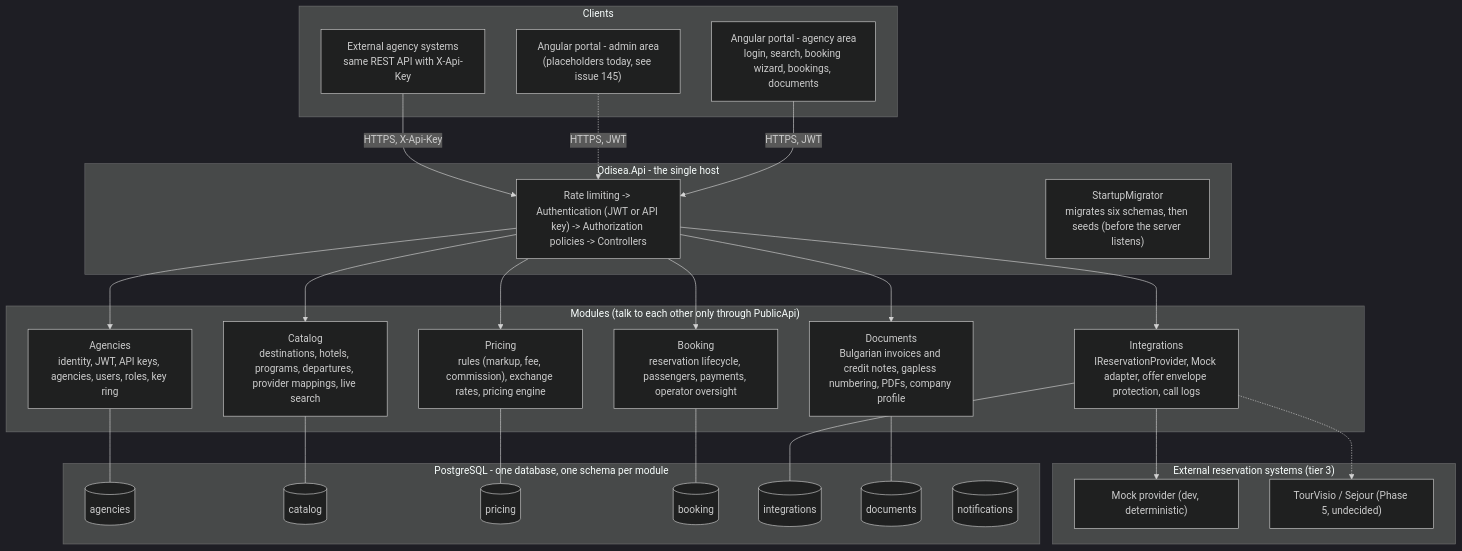
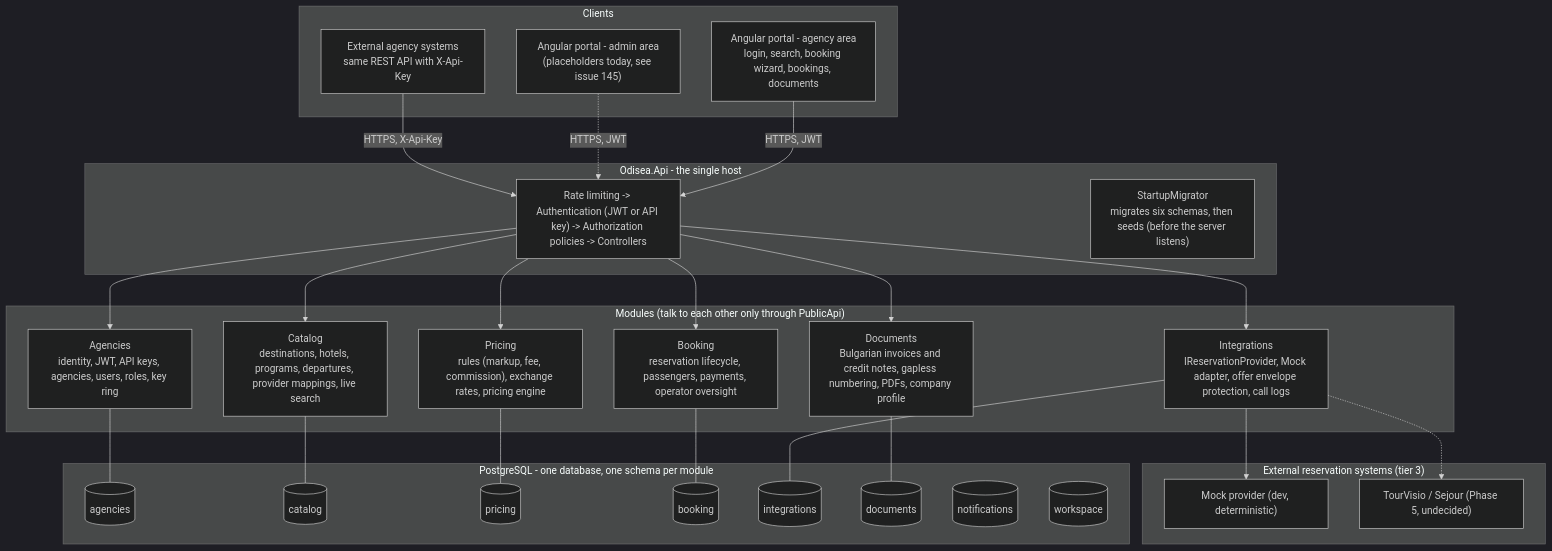
One commit to odisea-network/odisea changed the first of 7 diagrams in docs/SYSTEM-OVERVIEW.md. Above: the diagram before and after it, drawn with Mermaid (dark theme). The commit also changed other lines of this file and 28 other files, not shown here.

````diff
--- a/docs/SYSTEM-OVERVIEW.md
+++ b/docs/SYSTEM-OVERVIEW.md
@@ -9,50 +9,51 @@
 ```mermaid
 flowchart TB
     subgraph Clients
         portalA["Angular portal - agency area<br/>login, search, booking wizard, bookings, documents"]
         portalB["Angular portal - admin area<br/>(placeholders today, see issue 145)"]
         partner["External agency systems<br/>same REST API with X-Api-Key"]
     end
 
     subgraph Host["Odisea.Api - the single host"]
         pipeline["Rate limiting -> Authentication (JWT or API key) -> Authorization policies -> Controllers"]
         migrator["StartupMigrator<br/>migrates six schemas, then seeds (before the server listens)"]
     end
 
     subgraph Modules["Modules (talk to each other only through PublicApi)"]
         AG["Agencies<br/>identity, JWT, API keys, agencies, users, roles, key ring"]
         CAT["Catalog<br/>destinations, hotels, programs, departures, provider mappings, live search"]
         PRC["Pricing<br/>rules (markup, fee, commission), exchange rates, pricing engine"]
         BKG["Booking<br/>reservation lifecycle, passengers, payments, operator oversight"]
         INT["Integrations<br/>IReservationProvider, Mock adapter, offer envelope protection, call logs"]
         DOC["Documents<br/>Bulgarian invoices and credit notes, gapless numbering, PDFs, company profile"]
     end
 
     subgraph DB["PostgreSQL - one database, one schema per module"]
         s1[(agencies)]
         s2[(catalog)]
         s3[(pricing)]
         s4[(booking)]
         s5[(integrations)]
         s6[(documents)]
         s7[(notifications)]
+        s8[(workspace)]
     end
 
     subgraph Providers["External reservation systems (tier 3)"]
         MOCK["Mock provider (dev, deterministic)"]
         REAL["TourVisio / Sejour (Phase 5, undecided)"]
     end
 
     portalA -->|HTTPS, JWT| pipeline
     portalB -.->|HTTPS, JWT| pipeline
     partner -->|HTTPS, X-Api-Key| pipeline
     pipeline --> AG & CAT & PRC & BKG & INT & DOC
     AG --- s1
     CAT --- s2
     PRC --- s3
     BKG --- s4
     INT --- s5
     DOC --- s6
     INT --> MOCK
     INT -.-> REAL
 ```
````
